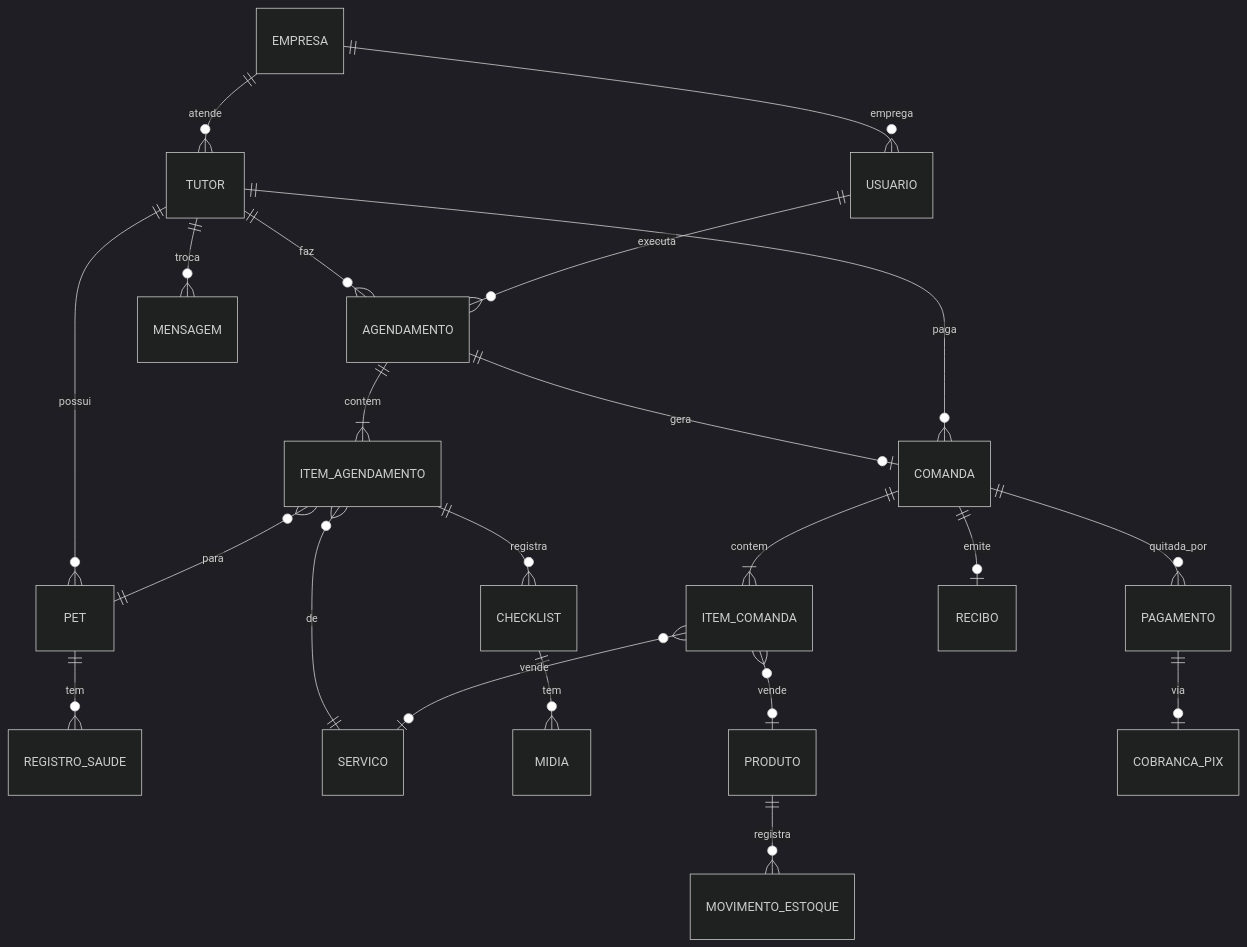
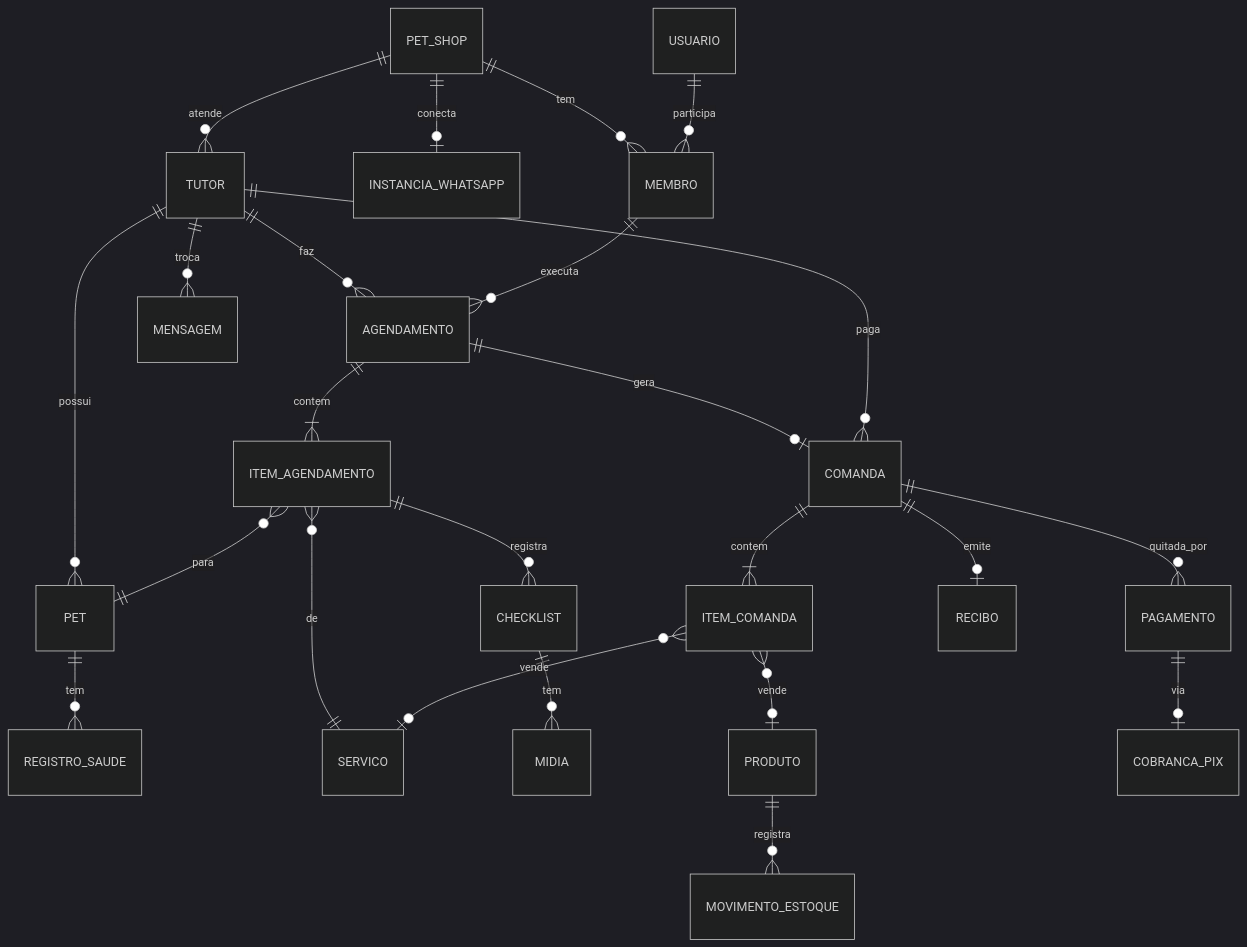
The third of 3 diagrams in docs/PRD.md (guilhermerevest-art/petshop), drawn with Mermaid (dark theme) before and after one commit. The commit also changed other lines of this file and 1 other file, not shown here.

````diff
--- a/docs/PRD.md
+++ b/docs/PRD.md
@@ -462,24 +567,26 @@
 ```mermaid
 erDiagram
-    EMPRESA ||--o{ USUARIO : emprega
-    EMPRESA ||--o{ TUTOR : atende
+    PET_SHOP ||--o{ MEMBRO : tem
+    USUARIO ||--o{ MEMBRO : participa
+    PET_SHOP ||--o| INSTANCIA_WHATSAPP : conecta
+    PET_SHOP ||--o{ TUTOR : atende
     TUTOR ||--o{ PET : possui
     PET ||--o{ REGISTRO_SAUDE : tem
     TUTOR ||--o{ AGENDAMENTO : faz
-    USUARIO ||--o{ AGENDAMENTO : executa
+    MEMBRO ||--o{ AGENDAMENTO : executa
     AGENDAMENTO ||--|{ ITEM_AGENDAMENTO : contem
     ITEM_AGENDAMENTO }o--|| PET : para
     ITEM_AGENDAMENTO }o--|| SERVICO : de
     ITEM_AGENDAMENTO ||--o{ CHECKLIST : registra
     CHECKLIST ||--o{ MIDIA : tem
     AGENDAMENTO ||--o| COMANDA : gera
     TUTOR ||--o{ COMANDA : paga
     COMANDA ||--|{ ITEM_COMANDA : contem
     ITEM_COMANDA }o--o| PRODUTO : vende
     ITEM_COMANDA }o--o| SERVICO : vende
     COMANDA ||--o{ PAGAMENTO : quitada_por
     PAGAMENTO ||--o| COBRANCA_PIX : via
     COMANDA ||--o| RECIBO : emite
     PRODUTO ||--o{ MOVIMENTO_ESTOQUE : registra
     TUTOR ||--o{ MENSAGEM : troca
 ```
````
